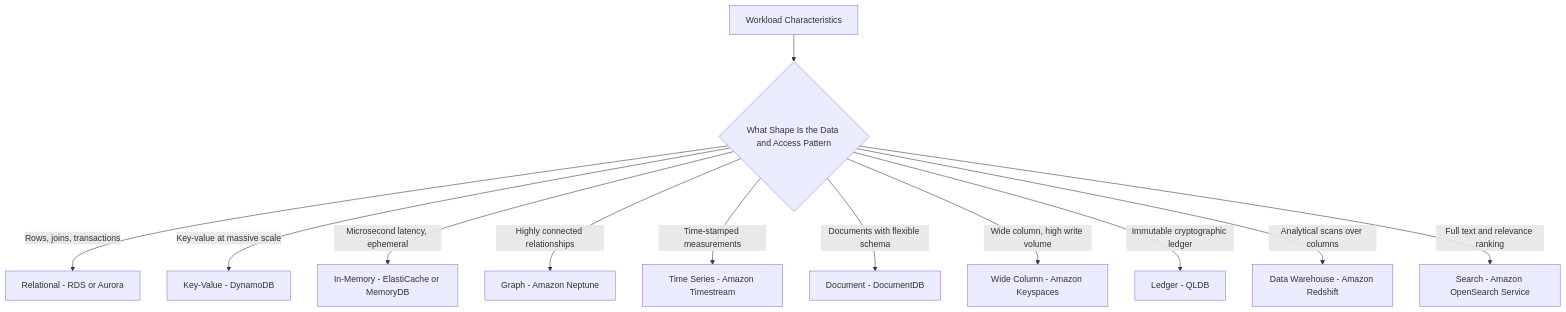
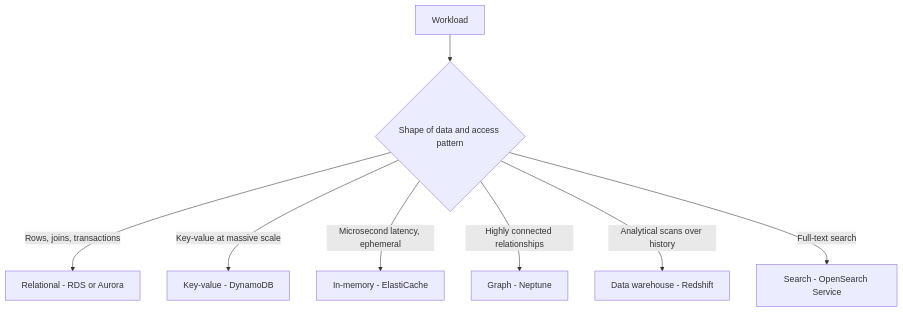
Before and after one commit to norbutlepcha25/dso303: the first of 3 diagrams in docs/unit1/topic5.md, drawn with Mermaid. The commit also changed other lines of this file and 164 other files, not shown here.

````diff
--- a/docs/unit1/topic5.md
+++ b/docs/unit1/topic5.md
@@ -126,14 +44,10 @@
 ```mermaid
 graph TD
-    A["Workload Characteristics"] --> B{"What Shape Is the Data and Access Pattern"}
+    A["Workload"] --> B{"Shape of data and access pattern"}
     B -->|"Rows, joins, transactions"| C["Relational - RDS or Aurora"]
-    B -->|"Key-value at massive scale"| D["Key-Value - DynamoDB"]
-    B -->|"Microsecond latency, ephemeral"| E["In-Memory - ElastiCache or MemoryDB"]
-    B -->|"Highly connected relationships"| F["Graph - Amazon Neptune"]
-    B -->|"Time-stamped measurements"| G["Time Series - Amazon Timestream"]
-    B -->|"Documents with flexible schema"| H["Document - DocumentDB"]
-    B -->|"Wide column, high write volume"| I["Wide Column - Amazon Keyspaces"]
-    B -->|"Immutable cryptographic ledger"| J["Ledger - QLDB"]
-    B -->|"Analytical scans over columns"| K["Data Warehouse - Amazon Redshift"]
-    B -->|"Full text and relevance ranking"| L["Search - Amazon OpenSearch Service"]
+    B -->|"Key-value at massive scale"| D["Key-value - DynamoDB"]
+    B -->|"Microsecond latency, ephemeral"| E["In-memory - ElastiCache"]
+    B -->|"Highly connected relationships"| F["Graph - Neptune"]
+    B -->|"Analytical scans over history"| G["Data warehouse - Redshift"]
+    B -->|"Full-text search"| H["Search - OpenSearch Service"]
 ```
````
